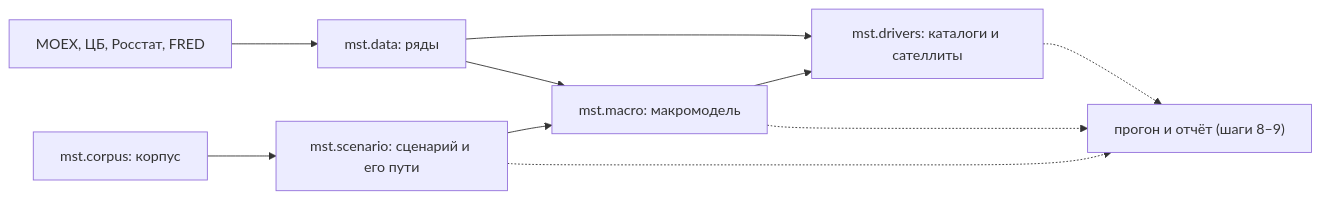
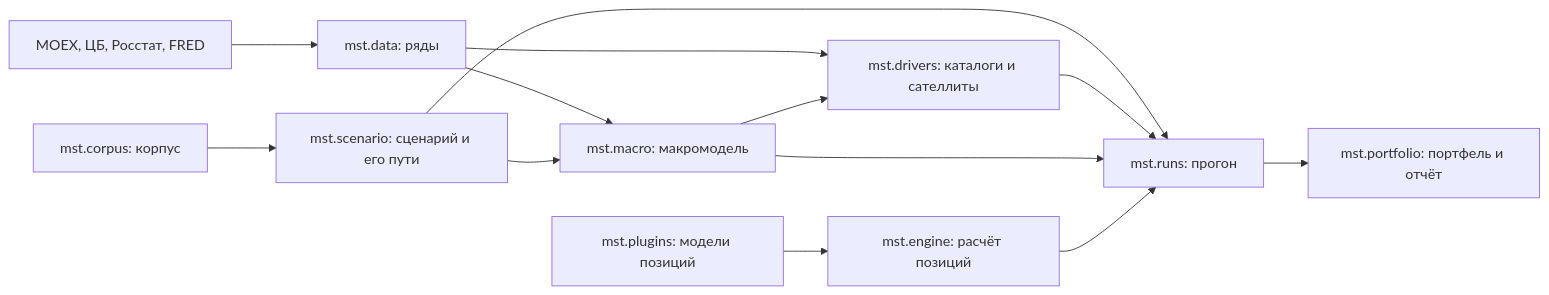
One commit to LeoLourson/MacroStress-DSH changed the diagram in docs/architecture.md. Above: the diagram before and after it, drawn with Mermaid. The commit also changed other lines of this file and 18 other files, not shown here.

First line of the commit message:
Port the portfolio: positions, matching, aggregation and the run report

````diff
--- a/docs/architecture.md
+++ b/docs/architecture.md
@@ -5,12 +5,15 @@
 ```mermaid
 flowchart LR
     src["MOEX, ЦБ, Росстат, FRED"] --> data["mst.data: ряды"]
     data --> macro["mst.macro: макромодель"]
     data --> drivers["mst.drivers: каталоги и сателлиты"]
     macro --> drivers
     corpus["mst.corpus: корпус"] --> scenario["mst.scenario: сценарий и его пути"]
     scenario --> macro
-    drivers -.-> run["прогон и отчёт (шаги 8–9)"]
-    macro -.-> run
-    scenario -.-> run
+    scenario --> run["mst.runs: прогон"]
+    drivers --> run
+    macro --> run
+    run --> portfolio["mst.portfolio: портфель и отчёт"]
+    engine["mst.engine: расчёт позиций"] --> run
+    plugins["mst.plugins: модели позиций"] --> engine
 ```
````
